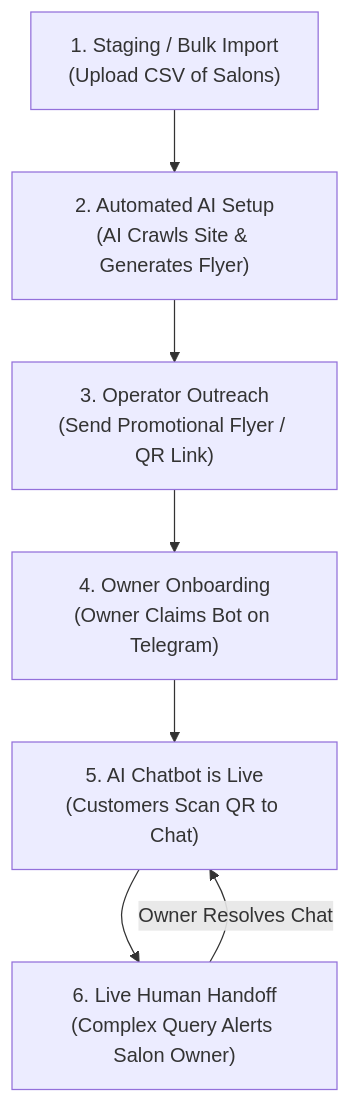
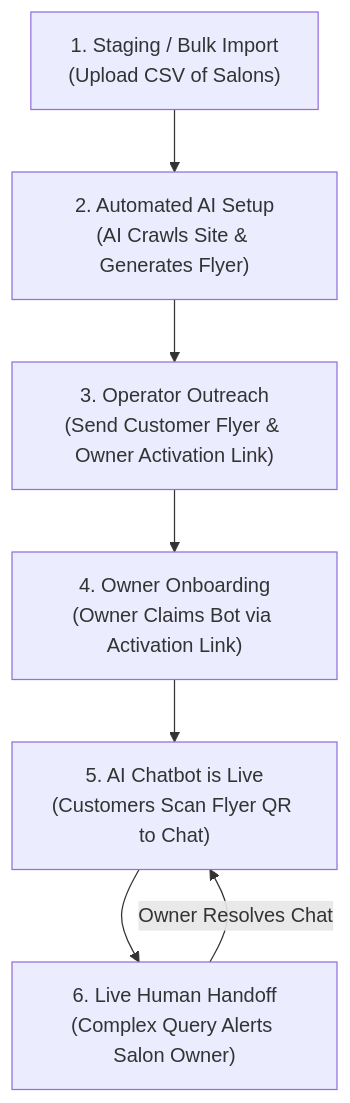
Before and after one commit to arjunmaganti/frontdesk: the first of 2 diagrams in DESIGN_SCALED.md, drawn with Mermaid. The commit also changed other lines of this file, not shown here.

Commit message:
Clarify customer flyer QR code vs private admin activation links in design doc

````diff
--- a/DESIGN_SCALED.md
+++ b/DESIGN_SCALED.md
@@ -22,9 +22,9 @@
 ```mermaid
 graph TD
     A["1. Staging / Bulk Import<br>(Upload CSV of Salons)"] --> B["2. Automated AI Setup<br>(AI Crawls Site & Generates Flyer)"]
-    B --> C["3. Operator Outreach<br>(Send Promotional Flyer / QR Link)"]
-    C --> D["4. Owner Onboarding<br>(Owner Claims Bot on Telegram)"]
-    D --> E["5. AI Chatbot is Live<br>(Customers Scan QR to Chat)"]
+    B --> C["3. Operator Outreach<br>(Send Customer Flyer & Owner Activation Link)"]
+    C --> D["4. Owner Onboarding<br>(Owner Claims Bot via Activation Link)"]
+    D --> E["5. AI Chatbot is Live<br>(Customers Scan Flyer QR to Chat)"]
     E --> F["6. Live Human Handoff<br>(Complex Query Alerts Salon Owner)"]
     F -->|Owner Resolves Chat| E
 ```
````
